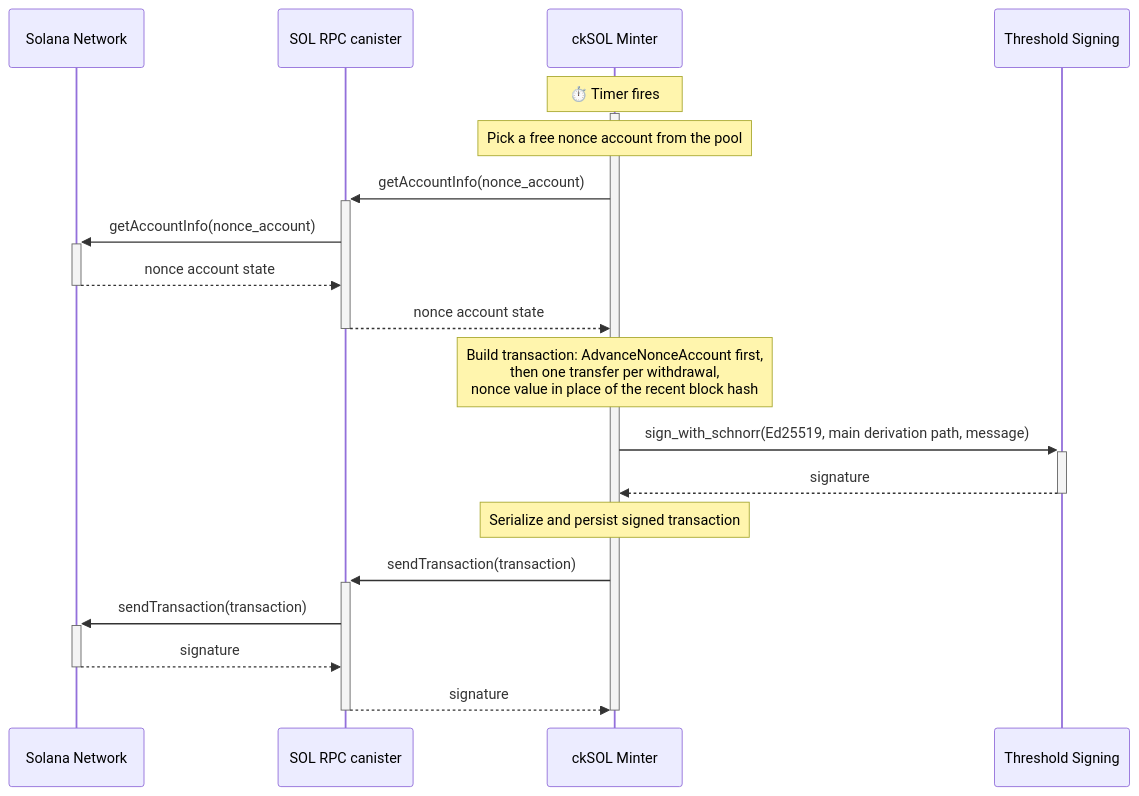
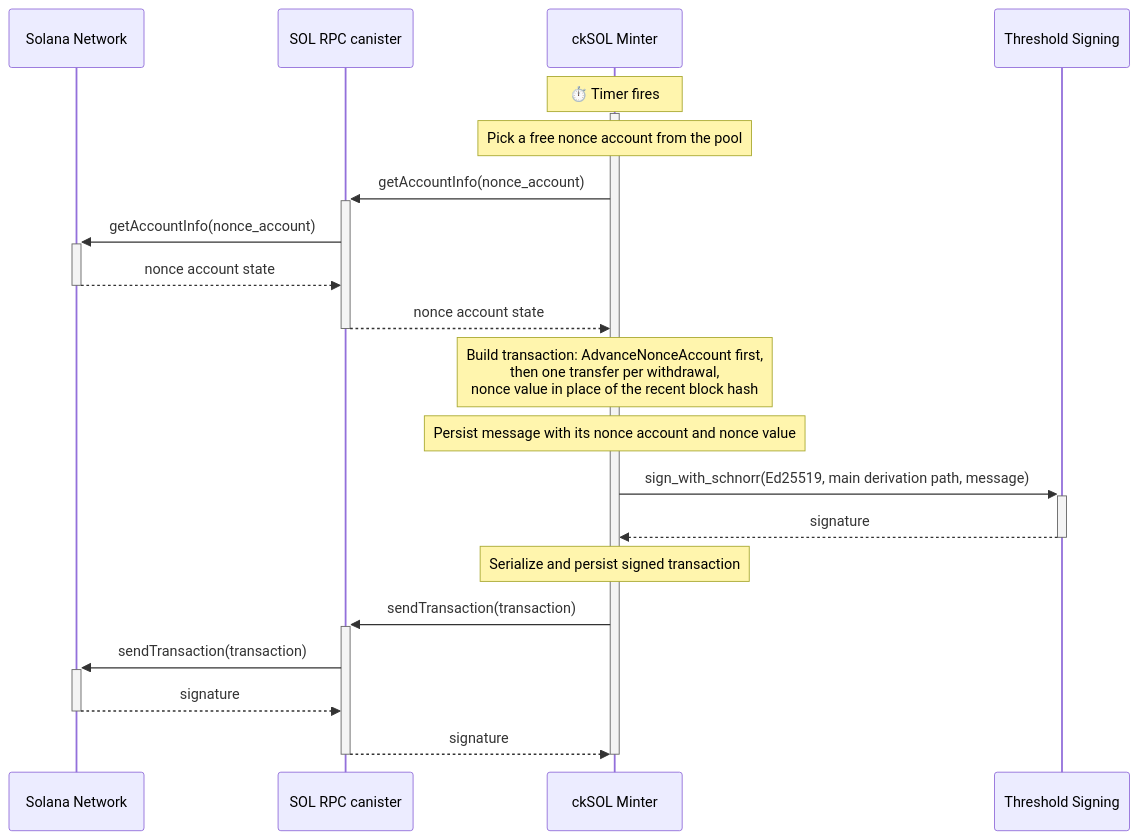
One commit to dfinity/cksol changed the sixth of 8 diagrams in docs/design.md. Above: the diagram before and after it, drawn with Mermaid. The commit also changed other lines of this file, not shown here.

````diff
--- a/docs/design.md
+++ b/docs/design.md
@@ -493,24 +493,25 @@
 ```mermaid
 sequenceDiagram
     participant Solana as Solana Network
     participant RPC as SOL RPC canister
     participant Minter as ckSOL Minter
     participant Signer as Threshold Signing
 
     Note over Minter: ⏱️ Timer fires
     activate Minter
     Note over Minter: Pick a free nonce account from the pool
     Minter->>+RPC: getAccountInfo(nonce_account)
     RPC->>+Solana: getAccountInfo(nonce_account)
     Solana-->>-RPC: nonce account state
     RPC-->>-Minter: nonce account state
     Note over Minter: Build transaction: AdvanceNonceAccount first,<br/>then one transfer per withdrawal,<br/>nonce value in place of the recent block hash
+    Note over Minter: Persist message with its nonce account and nonce value
     Minter->>+Signer: sign_with_schnorr(Ed25519, main derivation path, message)
     Signer-->>-Minter: signature
     Note over Minter: Serialize and persist signed transaction
     Minter->>+RPC: sendTransaction(transaction)
     RPC->>+Solana: sendTransaction(transaction)
     Solana-->>-RPC: signature
     RPC-->>-Minter: signature
     deactivate Minter
 ```
````
